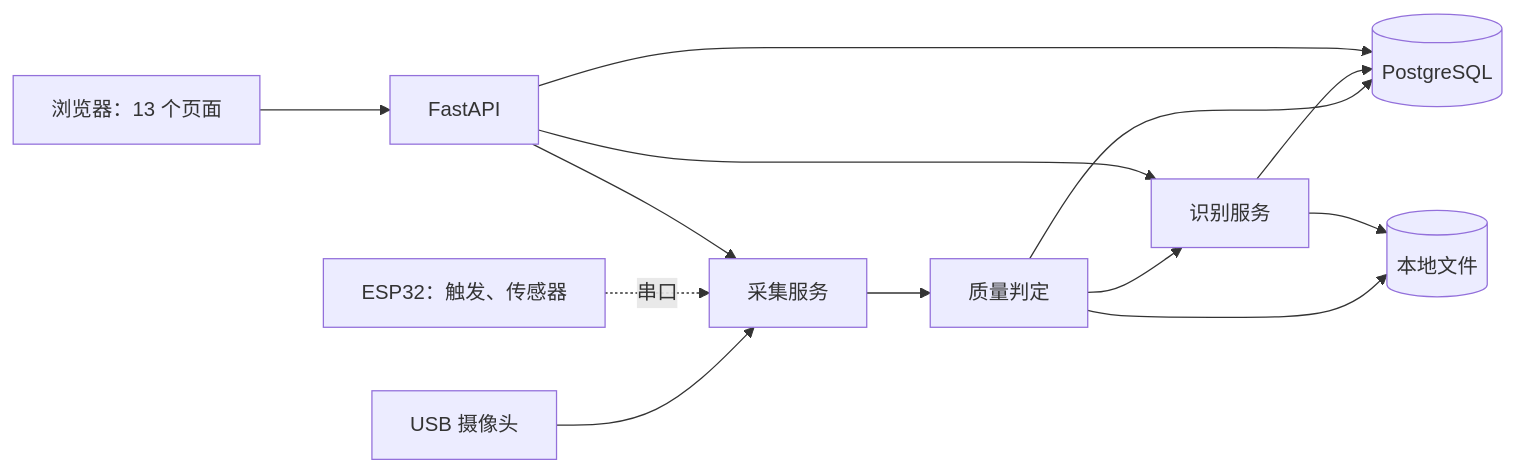
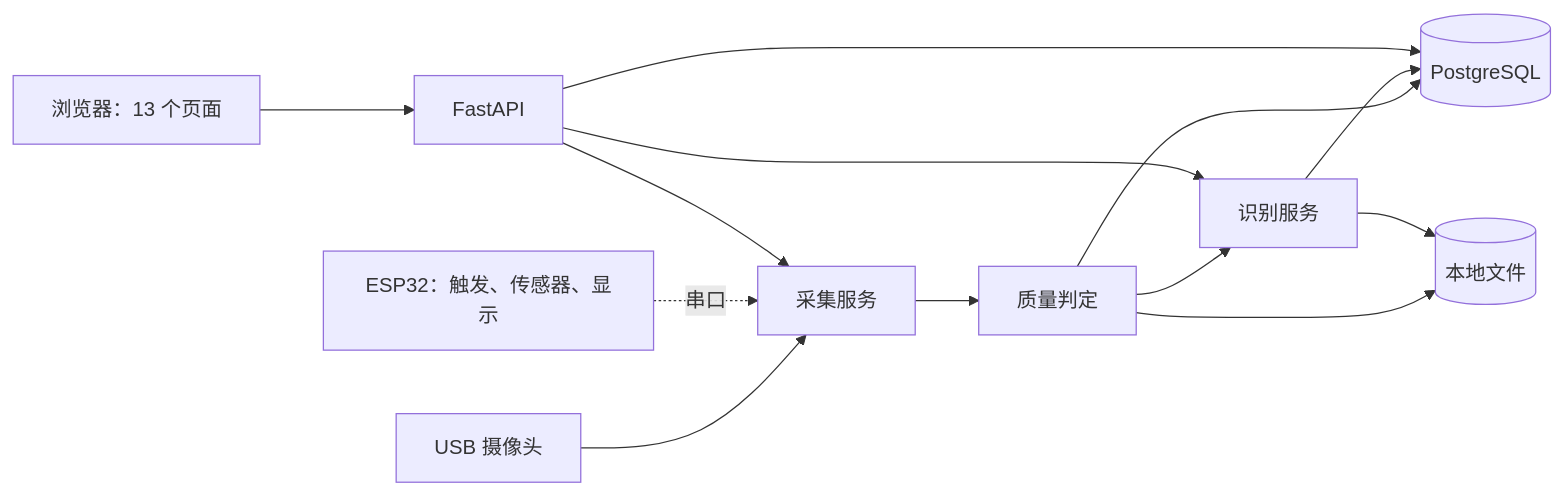
Before and after one commit to FrozenYty/aquavision: the first of 2 diagrams in docs/architecture-zh.md, drawn with Mermaid. The commit also changed 10 other files, not shown here.

````diff
--- a/docs/architecture-zh.md
+++ b/docs/architecture-zh.md
@@ -21,15 +21,15 @@
 ```mermaid
 flowchart LR
     CAM[USB 摄像头] --> CAP[采集服务]
-    MCU[ESP32：触发、传感器] -. 串口 .-> CAP
+    MCU[ESP32：触发、传感器、显示] -. 串口 .-> CAP
     CAP --> Q[质量判定]
     Q --> DB[(PostgreSQL)]
     Q --> FS[(本地文件)]
     Q --> DET[识别服务]
     DET --> DB
     DET --> FS
     WEB[浏览器：13 个页面] --> API[FastAPI]
     API --> CAP
     API --> DET
     API --> DB
 ```
````
